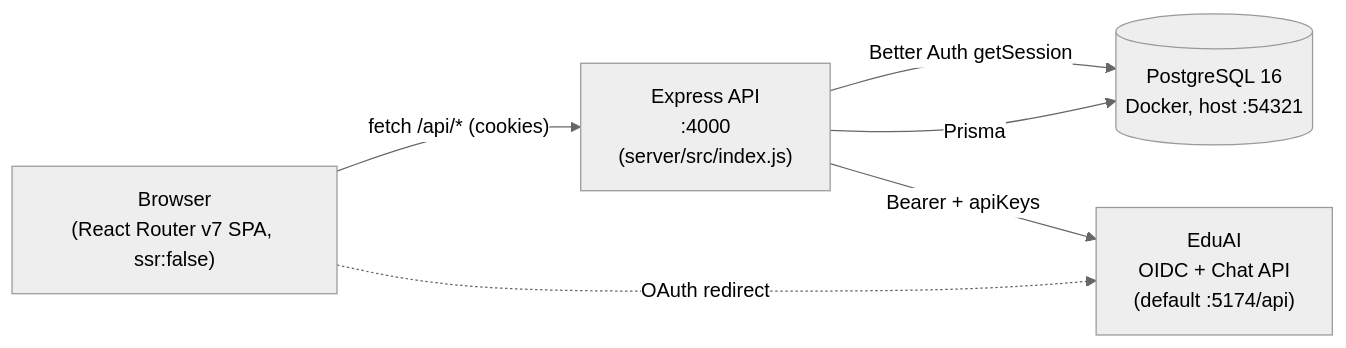
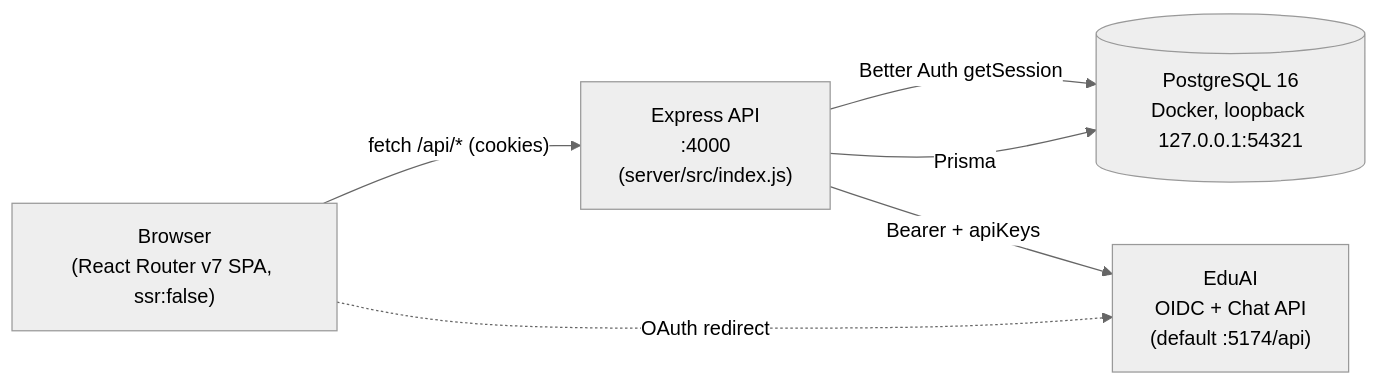
Before and after one commit to EduAI-Lab/EduAI: the first of 4 diagrams in apps/extensions/ai-tutor/docs/ARCHITECTURE.md, drawn with Mermaid (neutral theme). The commit also changed other lines of this file and 5 other files, not shown here.

````diff
--- a/apps/extensions/ai-tutor/docs/ARCHITECTURE.md
+++ b/apps/extensions/ai-tutor/docs/ARCHITECTURE.md
@@ -17,13 +17,13 @@
 ```mermaid
 flowchart LR
     Browser["Browser<br/>(React Router v7 SPA, ssr:false)"]
     API["Express API<br/>:4000<br/>(server/src/index.js)"]
-    DB[("PostgreSQL 16<br/>Docker, host :54321")]
+    DB[("PostgreSQL 16<br/>Docker, loopback 127.0.0.1:54321")]
     EduAI["EduAI<br/>OIDC + Chat API<br/>(default :5174/api)"]
 
     Browser -- "fetch /api/* (cookies)" --> API
     Browser -. "OAuth redirect" .-> EduAI
     API -- "Prisma" --> DB
     API -- "Bearer + apiKeys" --> EduAI
     API -- "Better Auth getSession" --> DB
 ```
````
